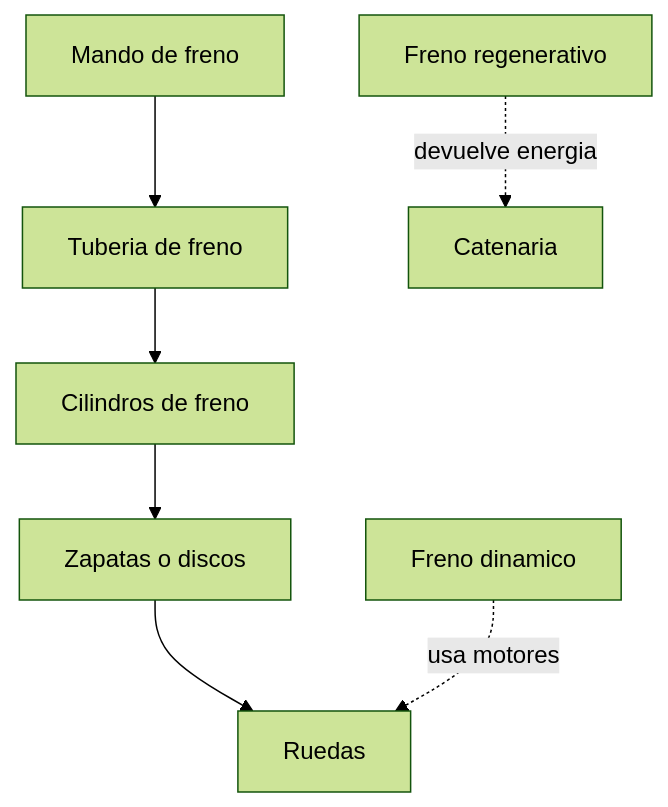
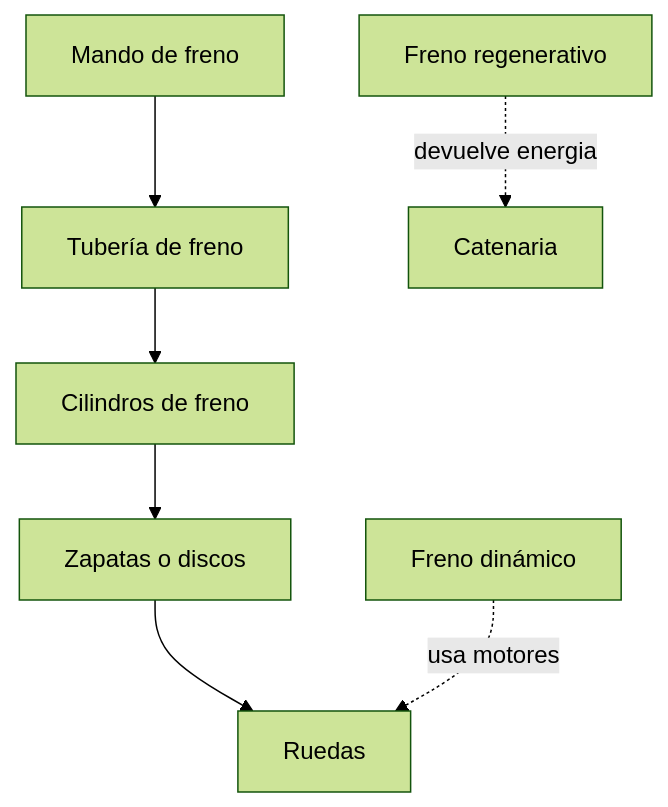
Before and after one commit to vladimiracunadev-create/machine-operator-program: the fourth of 4 diagrams in vehiculos/tren-pasajeros/operacion/sistemas-mecanicos-tren-pasajeros.md, drawn with Mermaid (forest theme). The commit also changed other lines of this file and 442 other files, not shown here.

````diff
--- a/vehiculos/tren-pasajeros/operacion/sistemas-mecanicos-tren-pasajeros.md
+++ b/vehiculos/tren-pasajeros/operacion/sistemas-mecanicos-tren-pasajeros.md
@@ -138,9 +138,9 @@
 ```mermaid
 flowchart TD
-    Mando[Mando de freno] --> Tuberia[Tuberia de freno]
+    Mando[Mando de freno] --> Tuberia[Tubería de freno]
     Tuberia --> Cilindros[Cilindros de freno]
     Cilindros --> Zapatas[Zapatas o discos]
     Zapatas --> Ruedas[Ruedas]
-    Dinamico[Freno dinamico] -. usa motores .-> Ruedas
+    Dinamico[Freno dinámico] -. usa motores .-> Ruedas
     Regenerativo[Freno regenerativo] -. devuelve energia .-> Linea[Catenaria]
 ```
````
